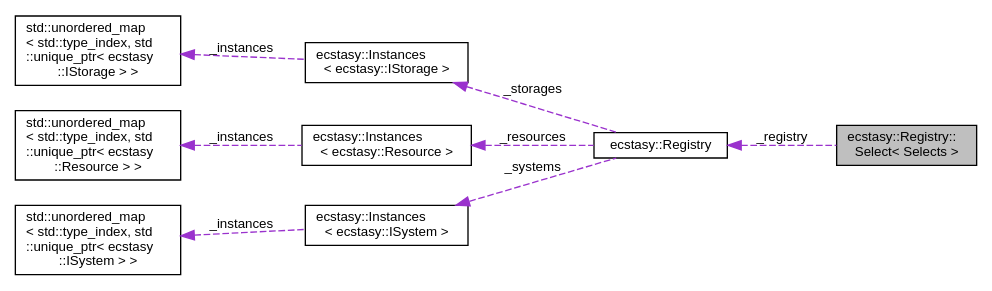
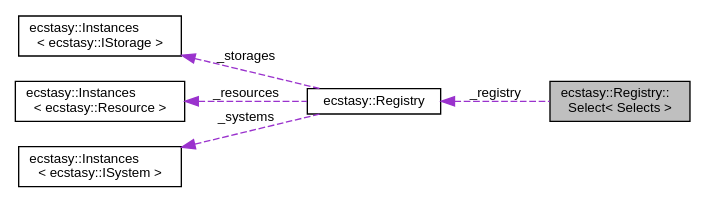
Before and after one commit to AndreasLrx/ecstasy: the diagram in classecstasy_1_1_registry_1_1_select__coll__graph.dot, drawn with Graphviz. The commit also changed 1072 other files, not shown here.

```diff
--- a/classecstasy_1_1_registry_1_1_select__coll__graph.dot
+++ b/classecstasy_1_1_registry_1_1_select__coll__graph.dot
@@ -1,22 +1,16 @@
 digraph "ecstasy::Registry::Select&lt; Selects &gt;"
 {
  // LATEX_PDF_SIZE
   edge [fontname="Helvetica",fontsize="10",labelfontname="Helvetica",labelfontsize="10"];
   node [fontname="Helvetica",fontsize="10",shape=record];
   rankdir="LR";
   Node1 [label="ecstasy::Registry::\lSelect\< Selects \>",height=0.2,width=0.4,color="black", fillcolor="grey75", style="filled", fontcolor="black",tooltip="Proxy class to use where method."];
   Node2 -> Node1 [dir="back",color="darkorchid3",fontsize="10",style="dashed",label=" _registry" ,fontname="Helvetica"];
   Node2 [label="ecstasy::Registry",height=0.2,width=0.4,color="black", fillcolor="white", style="filled",URL="$classecstasy_1_1_registry.html",tooltip="Base of an ECS architecture."];
   Node3 -> Node2 [dir="back",color="darkorchid3",fontsize="10",style="dashed",label=" _storages" ,fontname="Helvetica"];
   Node3 [label="ecstasy::Instances\l\< ecstasy::IStorage \>",height=0.2,width=0.4,color="black", fillcolor="white", style="filled",URL="$classecstasy_1_1_instances.html",tooltip=" "];
-  Node4 -> Node3 [dir="back",color="darkorchid3",fontsize="10",style="dashed",label=" _instances" ,fontname="Helvetica"];
-  Node4 [label="std::unordered_map\l\< std::type_index, std\l::unique_ptr\< ecstasy\l::IStorage \> \>",height=0.2,width=0.4,color="black", fillcolor="white", style="filled",URL="/home/runner/work/ecstasy/ecstasy/doc/external/cppreference-doxygen-web.tag.xml$cpp/container/unordered_map.html",tooltip=" "];
-  Node5 -> Node2 [dir="back",color="darkorchid3",fontsize="10",style="dashed",label=" _resources" ,fontname="Helvetica"];
-  Node5 [label="ecstasy::Instances\l\< ecstasy::Resource \>",height=0.2,width=0.4,color="black", fillcolor="white", style="filled",URL="$classecstasy_1_1_instances.html",tooltip=" "];
-  Node6 -> Node5 [dir="back",color="darkorchid3",fontsize="10",style="dashed",label=" _instances" ,fontname="Helvetica"];
-  Node6 [label="std::unordered_map\l\< std::type_index, std\l::unique_ptr\< ecstasy\l::Resource \> \>",height=0.2,width=0.4,color="black", fillcolor="white", style="filled",URL="/home/runner/work/ecstasy/ecstasy/doc/external/cppreference-doxygen-web.tag.xml$cpp/container/unordered_map.html",tooltip=" "];
-  Node7 -> Node2 [dir="back",color="darkorchid3",fontsize="10",style="dashed",label=" _systems" ,fontname="Helvetica"];
-  Node7 [label="ecstasy::Instances\l\< ecstasy::ISystem \>",height=0.2,width=0.4,color="black", fillcolor="white", style="filled",URL="$classecstasy_1_1_instances.html",tooltip=" "];
-  Node8 -> Node7 [dir="back",color="darkorchid3",fontsize="10",style="dashed",label=" _instances" ,fontname="Helvetica"];
-  Node8 [label="std::unordered_map\l\< std::type_index, std\l::unique_ptr\< ecstasy\l::ISystem \> \>",height=0.2,width=0.4,color="black", fillcolor="white", style="filled",URL="/home/runner/work/ecstasy/ecstasy/doc/external/cppreference-doxygen-web.tag.xml$cpp/container/unordered_map.html",tooltip=" "];
+  Node4 -> Node2 [dir="back",color="darkorchid3",fontsize="10",style="dashed",label=" _resources" ,fontname="Helvetica"];
+  Node4 [label="ecstasy::Instances\l\< ecstasy::Resource \>",height=0.2,width=0.4,color="black", fillcolor="white", style="filled",URL="$classecstasy_1_1_instances.html",tooltip=" "];
+  Node5 -> Node2 [dir="back",color="darkorchid3",fontsize="10",style="dashed",label=" _systems" ,fontname="Helvetica"];
+  Node5 [label="ecstasy::Instances\l\< ecstasy::ISystem \>",height=0.2,width=0.4,color="black", fillcolor="white", style="filled",URL="$classecstasy_1_1_instances.html",tooltip=" "];
 }
```
